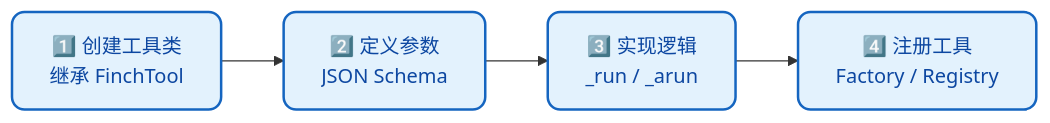
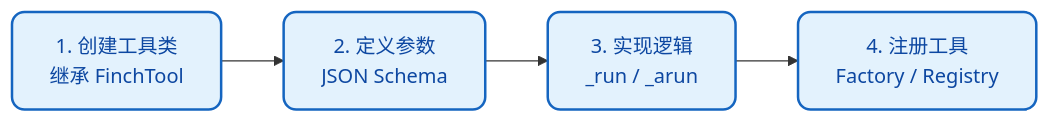
The first of 4 diagrams in docs/zh-CN/guide/extension.md (xt765/FinchBot), drawn with Mermaid before and after one commit. The commit also changed other lines of this file and 18 other files, not shown here.

First line of the commit message:
docs: 简化架构图并删除所有mermaid图中的表情包

````diff
--- a/docs/zh-CN/guide/extension.md
+++ b/docs/zh-CN/guide/extension.md
@@ -21,9 +21,8 @@
 ```mermaid
 flowchart LR
-    %% 样式定义
     classDef step fill:#e3f2fd,stroke:#1565c0,stroke-width:2px,color:#0d47a1,rx:10,ry:10;
 
-    A["1️⃣ 创建工具类<br/>继承 FinchTool"]:::step --> B["2️⃣ 定义参数<br/>JSON Schema"]:::step
-    B --> C["3️⃣ 实现逻辑<br/>_run / _arun"]:::step
-    C --> D["4️⃣ 注册工具<br/>Factory / Registry"]:::step
+    A["1. 创建工具类<br/>继承 FinchTool"]:::step --> B["2. 定义参数<br/>JSON Schema"]:::step
+    B --> C["3. 实现逻辑<br/>_run / _arun"]:::step
+    C --> D["4. 注册工具<br/>Factory / Registry"]:::step
 ```
````
